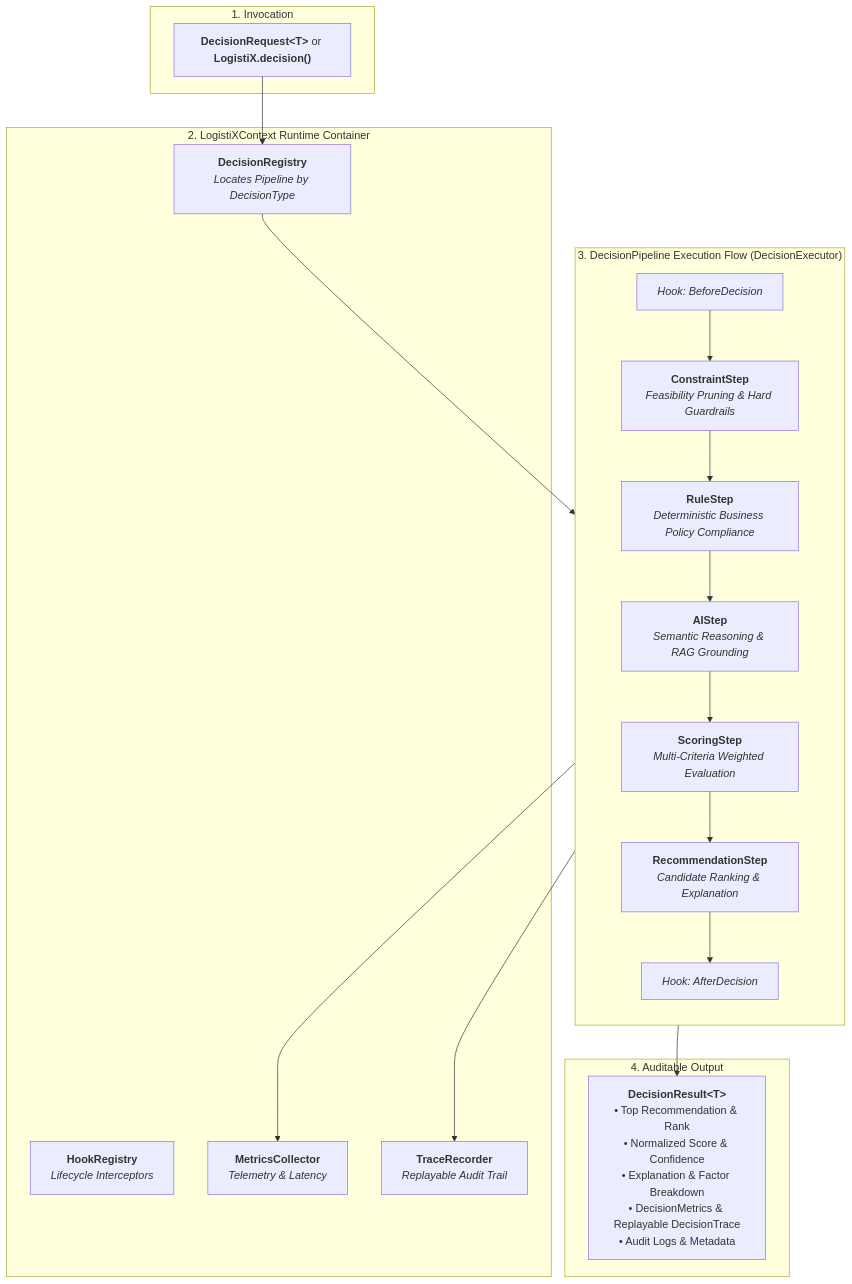
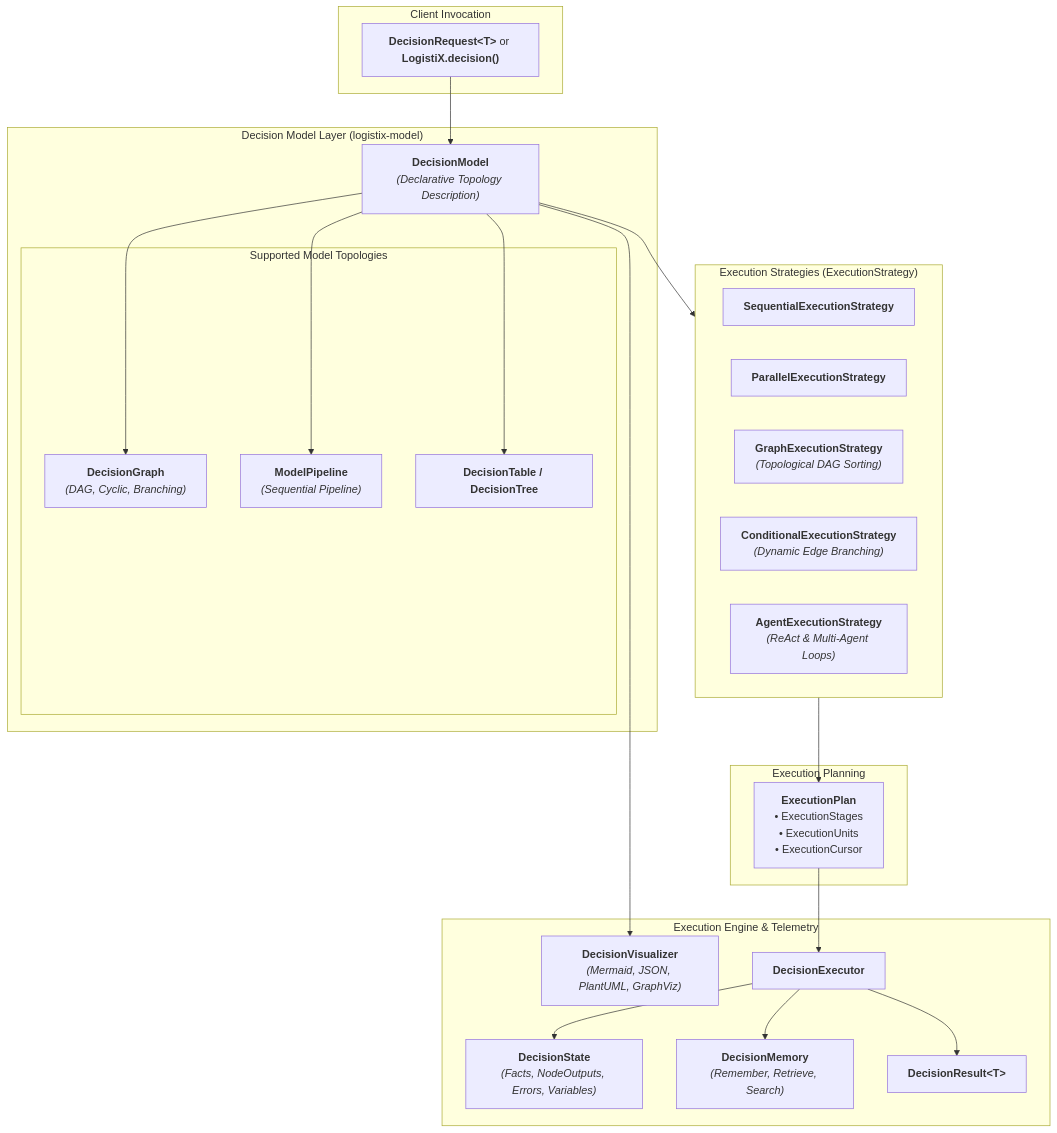
Before and after one commit to venukommu/LogistiX: the diagram in README.md, drawn with Mermaid. The commit also changed other lines of this file and 56 other files, not shown here.

First line of the commit message:
feat(model): transform LogistiX into Decision Intelligence Platform with logistix-model

````diff
--- a/README.md
+++ b/README.md
@@ -132,43 +133,49 @@
 ```mermaid
 flowchart TD
-    subgraph Client ["1. Invocation"]
+    subgraph Client ["Client Invocation"]
         REQ["<b>DecisionRequest&lt;T&gt;</b> or <b>LogistiX.decision()</b>"]
     end
 
-    subgraph Container ["2. LogistiXContext Runtime Container"]
-        REG["<b>DecisionRegistry</b><br/><i>Locates Pipeline by DecisionType</i>"]
-        HOOKS["<b>HookRegistry</b><br/><i>Lifecycle Interceptors</i>"]
-        METRICS["<b>MetricsCollector</b><br/><i>Telemetry & Latency</i>"]
-        TRACE["<b>TraceRecorder</b><br/><i>Replayable Audit Trail</i>"]
+    subgraph ModelLayer ["Decision Model Layer (logistix-model)"]
+        DM["<b>DecisionModel</b><br/><i>(Declarative Topology Description)</i>"]
+        
+        subgraph Topologies ["Supported Model Topologies"]
+            DG["<b>DecisionGraph</b><br/><i>(DAG, Cyclic, Branching)</i>"]
+            DP["<b>ModelPipeline</b><br/><i>(Sequential Pipeline)</i>"]
+            DT["<b>DecisionTable / DecisionTree</b>"]
+        end
+        
+        DM --> DG
+        DM --> DP
+        DM --> DT
     end
 
-    subgraph Pipeline ["3. DecisionPipeline Execution Flow (DecisionExecutor)"]
-        direction TB
-        H_BEFORE["<i>Hook: BeforeDecision</i>"]
-        
-        STEP1["<b>ConstraintStep</b><br/><i>Feasibility Pruning & Hard Guardrails</i>"]
-        STEP2["<b>RuleStep</b><br/><i>Deterministic Business Policy Compliance</i>"]
-        STEP3["<b>AIStep</b><br/><i>Semantic Reasoning & RAG Grounding</i>"]
-        STEP4["<b>ScoringStep</b><br/><i>Multi-Criteria Weighted Evaluation</i>"]
-        STEP5["<b>RecommendationStep</b><br/><i>Candidate Ranking & Explanation</i>"]
-        
-        H_AFTER["<i>Hook: AfterDecision</i>"]
-        
-        H_BEFORE --> STEP1
-        STEP1 --> STEP2
-        STEP2 --> STEP3
-        STEP3 --> STEP4
-        STEP4 --> STEP5
-        STEP5 --> H_AFTER
+    subgraph StrategyLayer ["Execution Strategies (ExecutionStrategy)"]
+        S_SEQ["<b>SequentialExecutionStrategy</b>"]
+        S_PAR["<b>ParallelExecutionStrategy</b>"]
+        S_GRA["<b>GraphExecutionStrategy</b><br/><i>(Topological DAG Sorting)</i>"]
+        S_CON["<b>ConditionalExecutionStrategy</b><br/><i>(Dynamic Edge Branching)</i>"]
+        S_AGE["<b>AgentExecutionStrategy</b><br/><i>(ReAct & Multi-Agent Loops)</i>"]
     end
 
-    subgraph Output ["4. Auditable Output"]
-        RES["<b>DecisionResult&lt;T&gt;</b><br/>• Top Recommendation & Rank<br/>• Normalized Score & Confidence<br/>• Explanation & Factor Breakdown<br/>• DecisionMetrics & Replayable DecisionTrace<br/>• Audit Logs & Metadata"]
+    subgraph Planning ["Execution Planning"]
+        PLAN["<b>ExecutionPlan</b><br/>• ExecutionStages<br/>• ExecutionUnits<br/>• ExecutionCursor"]
     end
 
-    REQ --> REG
-    REG --> Pipeline
-    Pipeline --> METRICS
-    Pipeline --> TRACE
-    Pipeline --> RES
+    subgraph Runtime ["Execution Engine & Telemetry"]
+        STATE["<b>DecisionState</b><br/><i>(Facts, NodeOutputs, Errors, Variables)</i>"]
+        MEM["<b>DecisionMemory</b><br/><i>(Remember, Retrieve, Search)</i>"]
+        VIS["<b>DecisionVisualizer</b><br/><i>(Mermaid, JSON, PlantUML, GraphViz)</i>"]
+        EXEC["<b>DecisionExecutor</b>"]
+        RES["<b>DecisionResult&lt;T&gt;</b>"]
+    end
+
+    REQ --> DM
+    DM --> StrategyLayer
+    StrategyLayer --> PLAN
+    PLAN --> EXEC
+    EXEC --> STATE
+    EXEC --> MEM
+    EXEC --> RES
+    DM --> VIS
 ```
````
